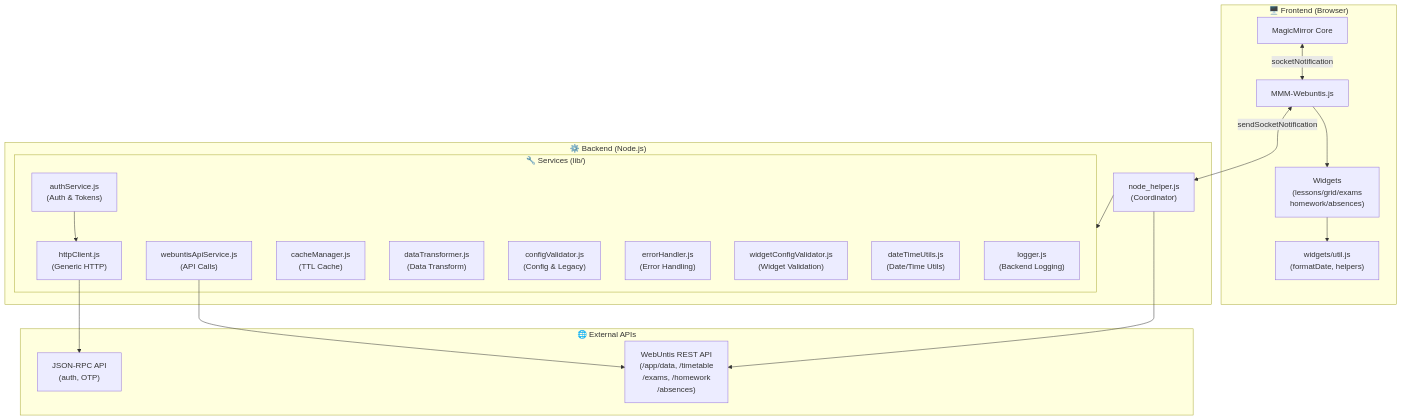
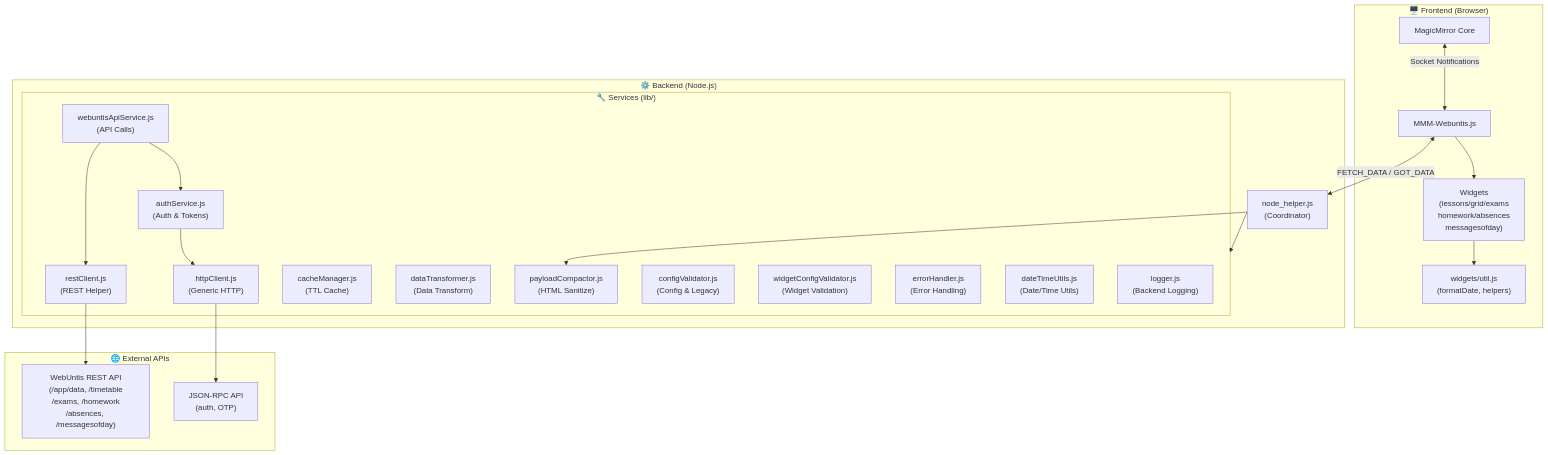
The first of 9 diagrams in docs/ARCHITECTURE.md (HeikoGr/MMM-Webuntis), drawn with Mermaid before and after one commit. The commit also changed other lines of this file and 1 other file, not shown here.

Commit message:
docs: Update architecture documentation to reflect new services and data flow

````diff
--- a/docs/ARCHITECTURE.md
+++ b/docs/ARCHITECTURE.md
@@ -5,41 +5,45 @@
 ```mermaid
 graph TB
     subgraph Frontend["🖥️ Frontend (Browser)"]
         MM["MagicMirror Core"]
         FE["MMM-Webuntis.js"]
-        Widgets["Widgets<br/>(lessons/grid/exams<br/>homework/absences)"]
+        Widgets["Widgets<br/>(lessons/grid/exams<br/>homework/absences<br/>messagesofday)"]
         Util["widgets/util.js<br/>(formatDate, helpers)"]
     end
 
     subgraph Backend["⚙️ Backend (Node.js)"]
         NH["node_helper.js<br/>(Coordinator)"]
 
         subgraph Services["🔧 Services (lib/)"]
             HttpClient["httpClient.js<br/>(Generic HTTP)"]
             Auth["authService.js<br/>(Auth & Tokens)"]
+            RestClient["restClient.js<br/>(REST Helper)"]
             API["webuntisApiService.js<br/>(API Calls)"]
             Cache["cacheManager.js<br/>(TTL Cache)"]
             Transform["dataTransformer.js<br/>(Data Transform)"]
+            Compact["payloadCompactor.js<br/>(HTML Sanitize)"]
             Config["configValidator.js<br/>(Config & Legacy)"]
+            Validators["widgetConfigValidator.js<br/>(Widget Validation)"]
             Errors["errorHandler.js<br/>(Error Handling)"]
-            Validators["widgetConfigValidator.js<br/>(Widget Validation)"]
             DateTime["dateTimeUtils.js<br/>(Date/Time Utils)"]
             Logger["logger.js<br/>(Backend Logging)"]
         end
     end
 
     subgraph External["🌐 External APIs"]
-        REST["WebUntis REST API<br/>(/app/data, /timetable<br/>/exams, /homework<br/>/absences)"]
+        REST["WebUntis REST API<br/>(/app/data, /timetable<br/>/exams, /homework<br/>/absences, /messagesofday)"]
         JSONRPC["JSON-RPC API<br/>(auth, OTP)"]
     end
 
-    MM <-->|socketNotification| FE
-    FE <-->|sendSocketNotification| NH
+    MM <-->|Socket Notifications| FE
+    FE <-->|FETCH_DATA / GOT_DATA| NH
     FE --> Widgets
     Widgets --> Util
     NH --> Services
     HttpClient --> JSONRPC
     Auth --> HttpClient
-    API --> REST
-    NH --> REST
+    RestClient --> REST
+    API --> RestClient
+    API --> Auth
+    NH --> Compact
 ```
````
